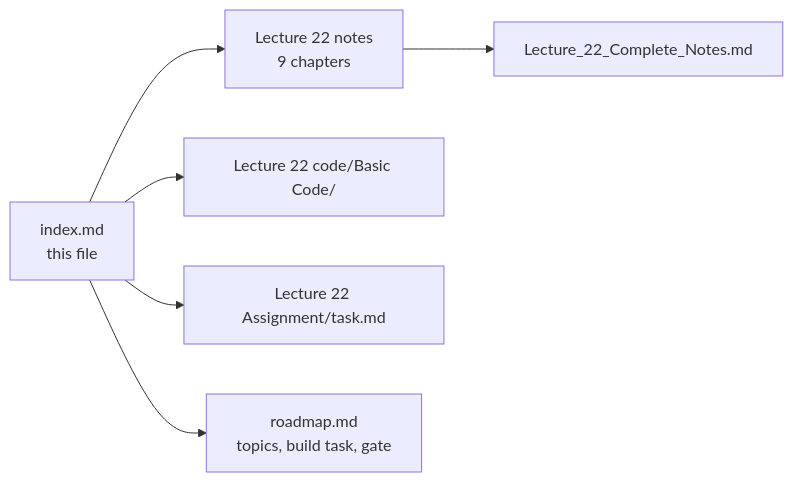
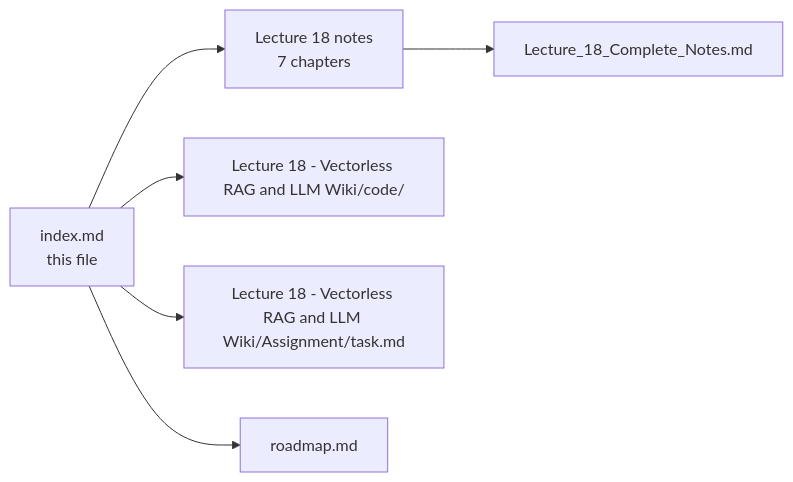
One commit to Amie-dev/FDE-and-GenAI-Mastery changed diagram 18 of 24 in index.md. Above: the diagram before and after it, drawn with Mermaid. The commit also changed other lines of this file, not shown here.

Commit message:
Implement code changes to enhance functionality and improve performance

````diff
--- a/index.md
+++ b/index.md
@@ -755,8 +753,8 @@
 ```mermaid
 flowchart LR
-    IDX["index.md<br/>this file"] --> L22["Lecture 22 notes<br/>9 chapters"]
-    L22 --> CN["Lecture_22_Complete_Notes.md"]
-    IDX --> CODE["Lecture 22 code/Basic Code/"]
-    IDX --> ASG["Lecture 22 Assignment/task.md"]
-    IDX --> RM["roadmap.md<br/>topics, build task, gate"]
+    IDX["index.md<br/>this file"] --> L18["Lecture 18 notes<br/>7 chapters"]
+    L18 --> CN["Lecture_18_Complete_Notes.md"]
+    IDX --> CODE["Lecture 18 - Vectorless RAG and LLM Wiki/code/"]
+    IDX --> ASG["Lecture 18 - Vectorless RAG and LLM Wiki/Assignment/task.md"]
+    IDX --> RM["roadmap.md"]
 ```
````
